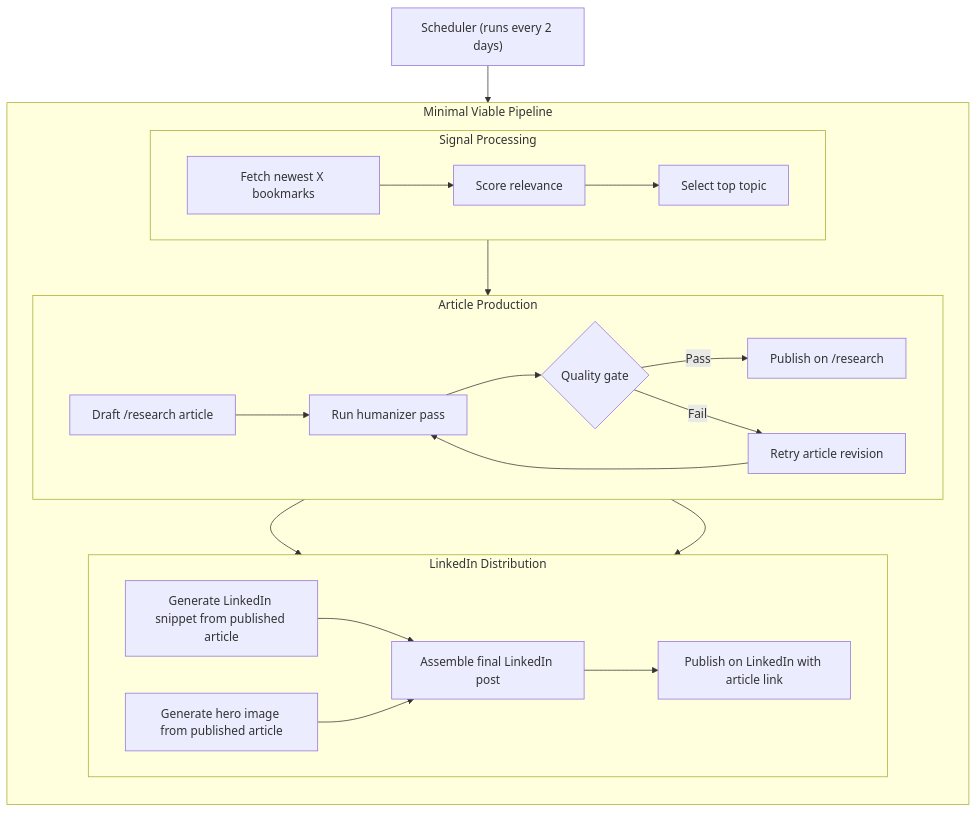
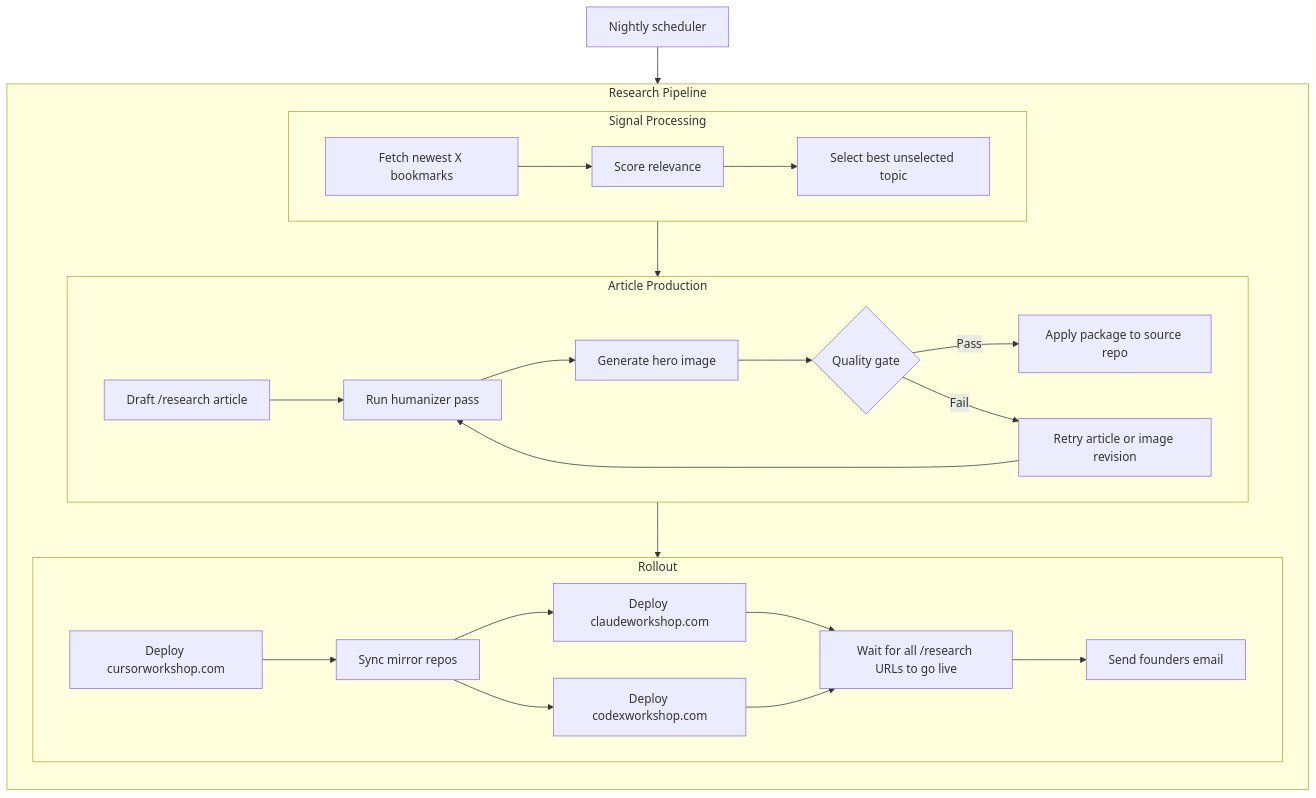
Before and after one commit to cursorworkshop/claudeworkshop: the diagram in docs/nautilus/diagrams/mvp-research-pipeline.mmd, drawn with Mermaid. The commit also changed 14 other files, not shown here.

Commit message:
sync: mirror cursorworkshop@99411c9

```diff
--- a/docs/nautilus/diagrams/mvp-research-pipeline.mmd
+++ b/docs/nautilus/diagrams/mvp-research-pipeline.mmd
@@ -1,36 +1,35 @@
 graph TD
-  S["Scheduler (runs every 2 days)"] --> A
+  S["Nightly scheduler"] --> A
 
-  subgraph P[Minimal Viable Pipeline]
+  subgraph P[Research Pipeline]
     direction TB
 
     subgraph G1[Signal Processing]
       direction LR
       A[Fetch newest X bookmarks] --> B[Score relevance]
-      B --> C[Select top topic]
+      B --> C[Select best unselected topic]
     end
 
     subgraph G2[Article Production]
       direction LR
       D[Draft /research article] --> E[Run humanizer pass]
-      E --> H{Quality gate}
-      H -- Pass --> I[Publish on /research]
-      H -- Fail --> R[Retry article revision]
+      E --> G[Generate hero image]
+      G --> H{Quality gate}
+      H -- Pass --> I[Apply package to source repo]
+      H -- Fail --> R[Retry article or image revision]
       R --> E
     end
 
-    subgraph G3[LinkedIn Distribution]
+    subgraph G3[Rollout]
       direction LR
-      F[Generate LinkedIn snippet from published article]
-      G[Generate hero image from published article]
-      L[Assemble final LinkedIn post]
-      J[Publish on LinkedIn with article link]
-      F --> L
-      G --> L
-      L --> J
+      J[Deploy cursorworkshop.com] --> K[Sync mirror repos]
+      K --> L[Deploy claudeworkshop.com]
+      K --> M[Deploy codexworkshop.com]
+      L --> N[Wait for all /research URLs to go live]
+      M --> N
+      N --> O[Send founders email]
     end
   end
 
   C --> D
-  I --> F
-  I --> G
+  I --> J
```
